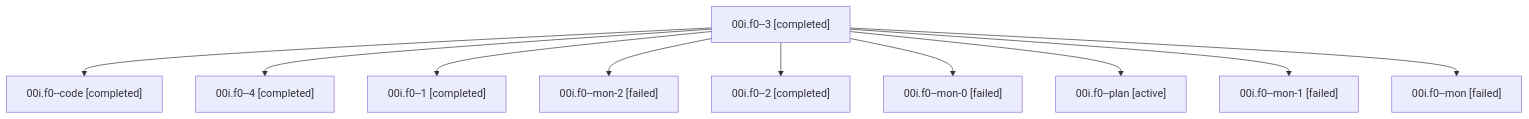
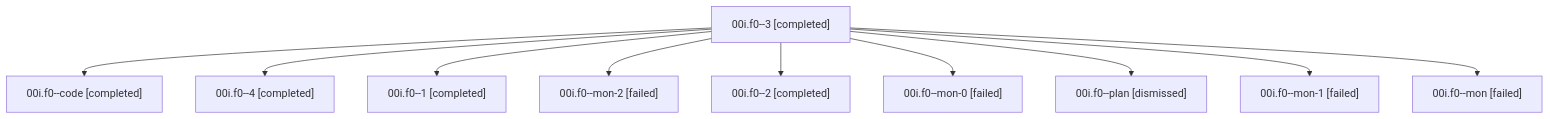
Before and after one commit to sase-org/sase--agents: the diagram in sessions/bbugyi200.athena.00i.f0.md, drawn with Mermaid. The commit also changed other lines of this file and 23 other files, not shown here.

````diff
--- a/sessions/bbugyi200.athena.00i.f0.md
+++ b/sessions/bbugyi200.athena.00i.f0.md
@@ -9,22 +9,22 @@
 ```mermaid
 flowchart TD
   n0["00i.f0--3 [completed]"]
   n1["00i.f0--code [completed]"]
   n0 --> n1
   n2["00i.f0--4 [completed]"]
   n0 --> n2
   n3["00i.f0--1 [completed]"]
   n0 --> n3
   n4["00i.f0--mon-2 [failed]"]
   n0 --> n4
   n5["00i.f0--2 [completed]"]
   n0 --> n5
   n6["00i.f0--mon-0 [failed]"]
   n0 --> n6
-  n7["00i.f0--plan [active]"]
+  n7["00i.f0--plan [dismissed]"]
   n0 --> n7
   n8["00i.f0--mon-1 [failed]"]
   n0 --> n8
   n9["00i.f0--mon [failed]"]
   n0 --> n9
 ```
````
